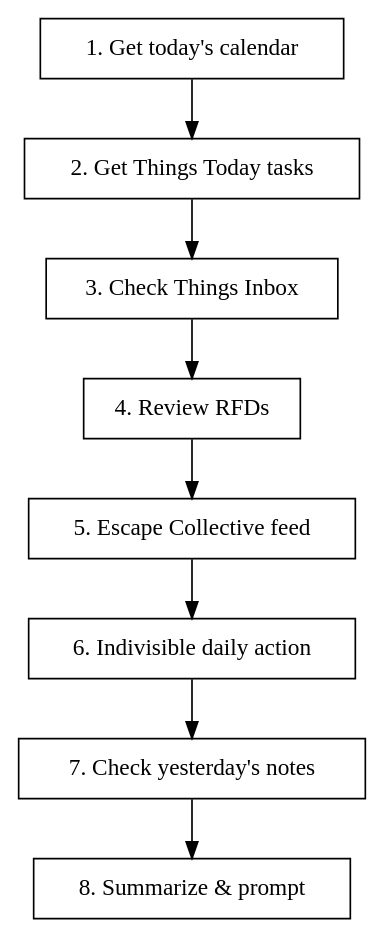
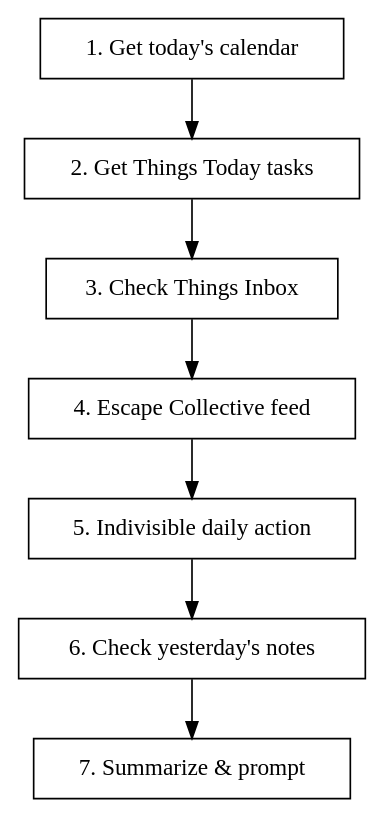
One commit to jhuggart/dotfiles changed the diagram in claude/skills/daily/SKILL.md. Above: the diagram before and after it, drawn with Graphviz. The commit also changed other lines of this file, not shown here.

First line of the commit message:
Fix daily skill: move RSS secret out, correct Gmail tool names, drop unblocked

````diff
--- a/claude/skills/daily/SKILL.md
+++ b/claude/skills/daily/SKILL.md
@@ -10,14 +10,13 @@
 ```dot
 digraph daily {
     rankdir=TB;
     node [shape=box];
 
     "1. Get today's calendar" -> "2. Get Things Today tasks";
     "2. Get Things Today tasks" -> "3. Check Things Inbox";
-    "3. Check Things Inbox" -> "4. Review RFDs";
-    "4. Review RFDs" -> "5. Escape Collective feed";
-    "5. Escape Collective feed" -> "6. Indivisible daily action";
-    "6. Indivisible daily action" -> "7. Check yesterday's notes";
-    "7. Check yesterday's notes" -> "8. Summarize & prompt";
+    "3. Check Things Inbox" -> "4. Escape Collective feed";
+    "4. Escape Collective feed" -> "5. Indivisible daily action";
+    "5. Indivisible daily action" -> "6. Check yesterday's notes";
+    "6. Check yesterday's notes" -> "7. Summarize & prompt";
 }
 ```
````
